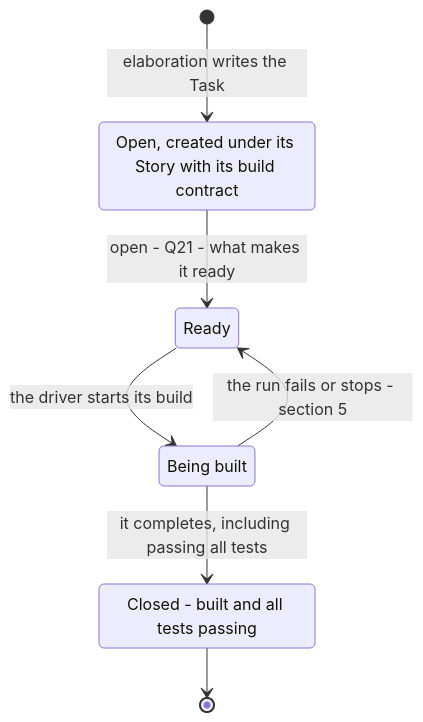
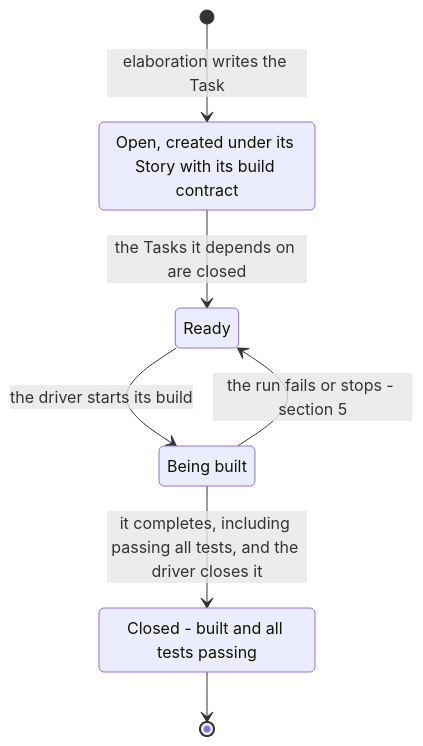
The sixth of 8 diagrams in plugins/agent-teams-workforce/blueprint/design/pipelines-driver.md (mark-satterfield/toolset), drawn with Mermaid before and after one commit. The commit also changed other lines of this file and 2 other files, not shown here.

First line of the commit message:
docs(blueprint): decide the driver, PRD and deploy questions that are not the owner's

````diff
--- a/plugins/agent-teams-workforce/blueprint/design/pipelines-driver.md
+++ b/plugins/agent-teams-workforce/blueprint/design/pipelines-driver.md
@@ -253,13 +276,13 @@
 ```mermaid
 stateDiagram-v2
     state "Open, created under its Story with its build contract" as tOpen
     state "Ready" as tReady
     state "Being built" as tBuild
     state "Closed - built and all tests passing" as tClosed
     [*] --> tOpen: elaboration writes the Task
-    tOpen --> tReady: open - Q21 - what makes it ready
+    tOpen --> tReady: the Tasks it depends on are closed
     tReady --> tBuild: the driver starts its build
     tBuild --> tReady: the run fails or stops - section 5
-    tBuild --> tClosed: it completes, including passing all tests
+    tBuild --> tClosed: it completes, including passing all tests, and the driver closes it
     tClosed --> [*]
 ```
````
